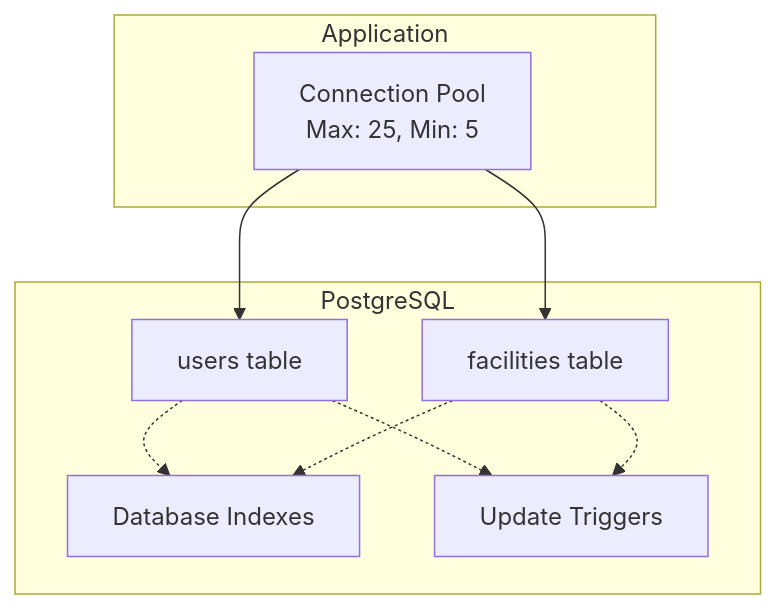
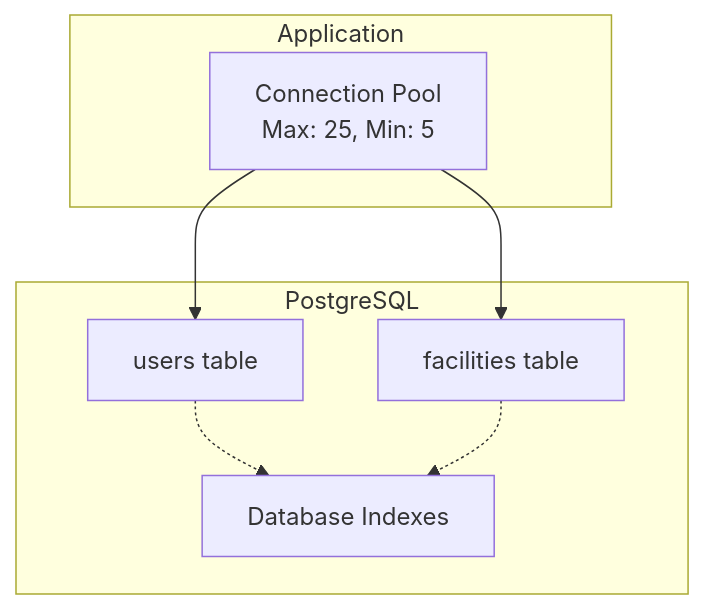
The tenth of 11 diagrams in docs/architecture.md (thara/facility_reservation_go), drawn with Mermaid before and after one commit. The commit also changed other lines of this file, not shown here.

Commit message:
:memo: Update architecture.md

````diff
--- a/docs/architecture.md
+++ b/docs/architecture.md
@@ -328,20 +328,17 @@
 ```mermaid
 graph TB
     subgraph "Application"
         Pool[Connection Pool<br/>Max: 25, Min: 5]
     end
     
     subgraph "PostgreSQL"
         Users[users table]
         Facilities[facilities table]
         Indexes[Database Indexes]
-        Triggers[Update Triggers]
     end
     
     Pool --> Users
     Pool --> Facilities
     Users -.-> Indexes
     Facilities -.-> Indexes
-    Users -.-> Triggers
-    Facilities -.-> Triggers
 ```
````
